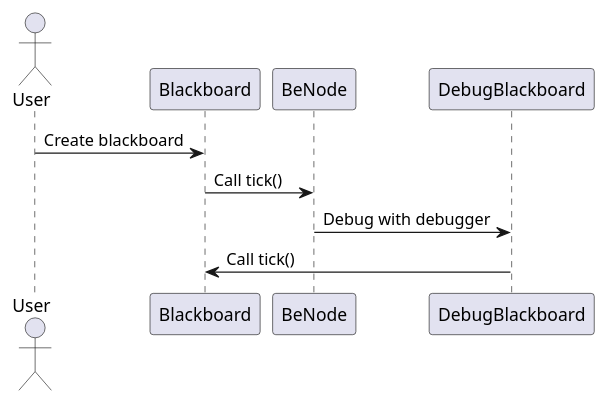
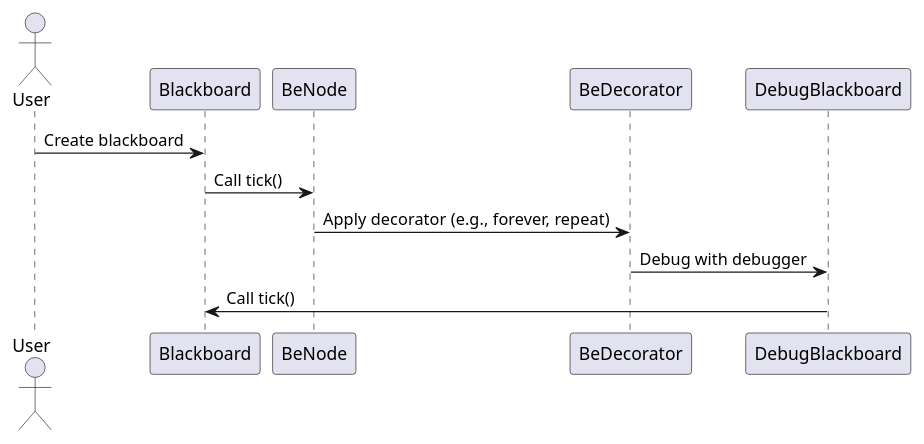
One commit to satishgoda/behave changed the diagram in docs/PlantUML/sequence.puml. Above: the diagram before and after it, drawn with PlantUML. The commit also changed 1 other file, not shown here.

Commit message:
Behave: Sequence diagram

```diff
--- a/docs/PlantUML/sequence.puml
+++ b/docs/PlantUML/sequence.puml
@@ -1,11 +1,13 @@
 @startuml
 actor User
 participant Blackboard
 participant BeNode
+participant BeDecorator
 participant DebugBlackboard
 
 User -> Blackboard : Create blackboard
 Blackboard -> BeNode : Call tick()
-BeNode -> DebugBlackboard : Debug with debugger
+BeNode -> BeDecorator : Apply decorator (e.g., forever, repeat)
+BeDecorator -> DebugBlackboard : Debug with debugger
 DebugBlackboard -> Blackboard : Call tick()
 @enduml
```
